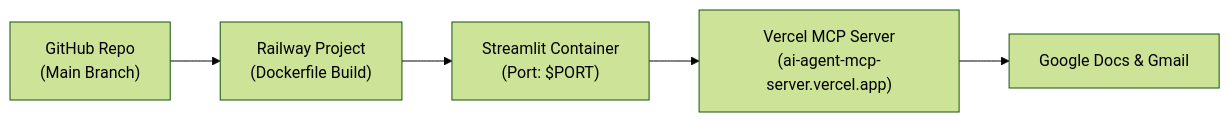
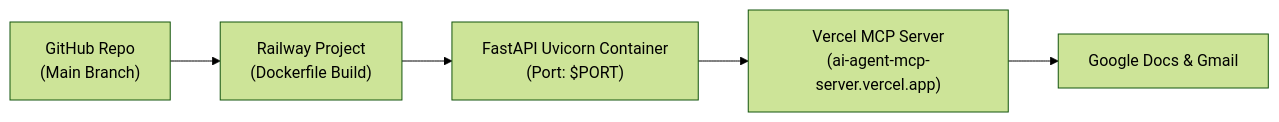
The diagram in docs/runbook.md (nagesh-labs/ai-agent-pulse-report-generation), drawn with Mermaid (forest theme) before and after one commit. The commit also changed other lines of this file and 11 other files, not shown here.

Commit message:
feat: implement Google Stitch executive pulse dashboard with FastAPI backend

````diff
--- a/docs/runbook.md
+++ b/docs/runbook.md
@@ -30,7 +33,7 @@
 ```mermaid
 flowchart LR
     A["GitHub Repo<br/>(Main Branch)"] --> B["Railway Project<br/>(Dockerfile Build)"]
-    B --> C["Streamlit Container<br/>(Port: $PORT)"]
+    B --> C["FastAPI Uvicorn Container<br/>(Port: $PORT)"]
     C --> D["Vercel MCP Server<br/>(ai-agent-mcp-server.vercel.app)"]
     D --> E["Google Docs & Gmail"]
 ```
````
